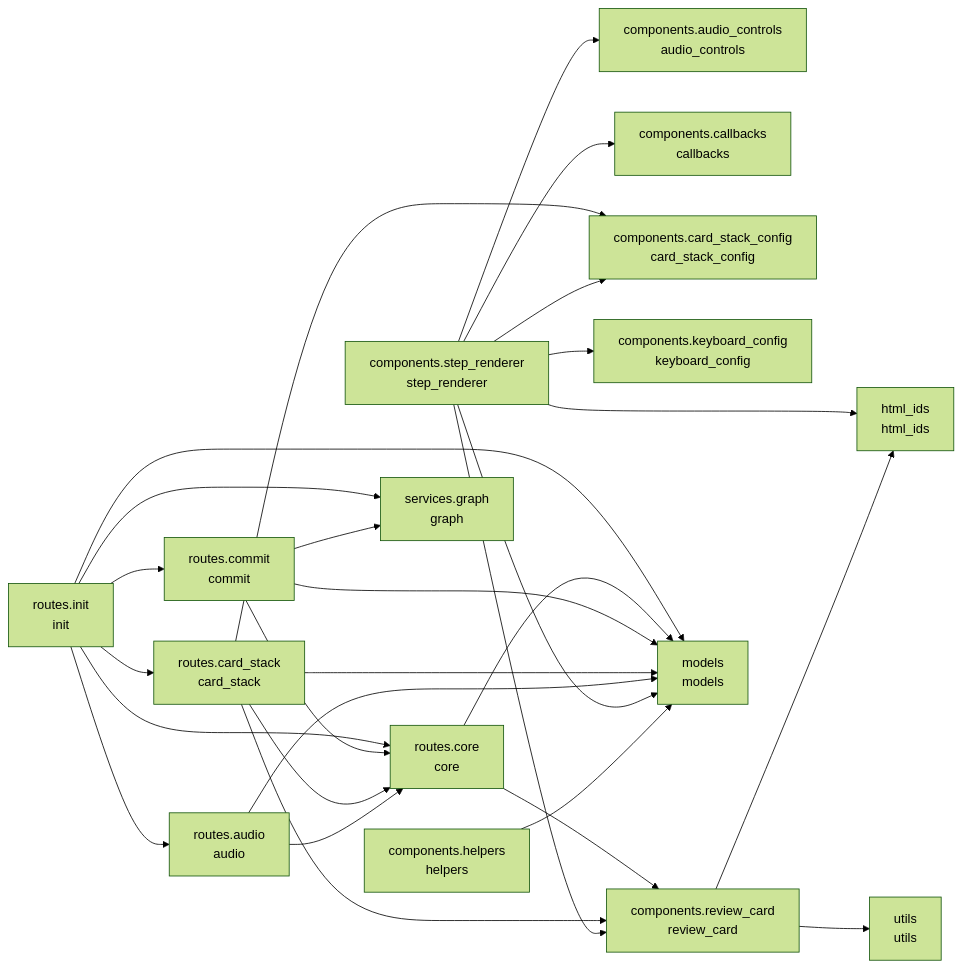
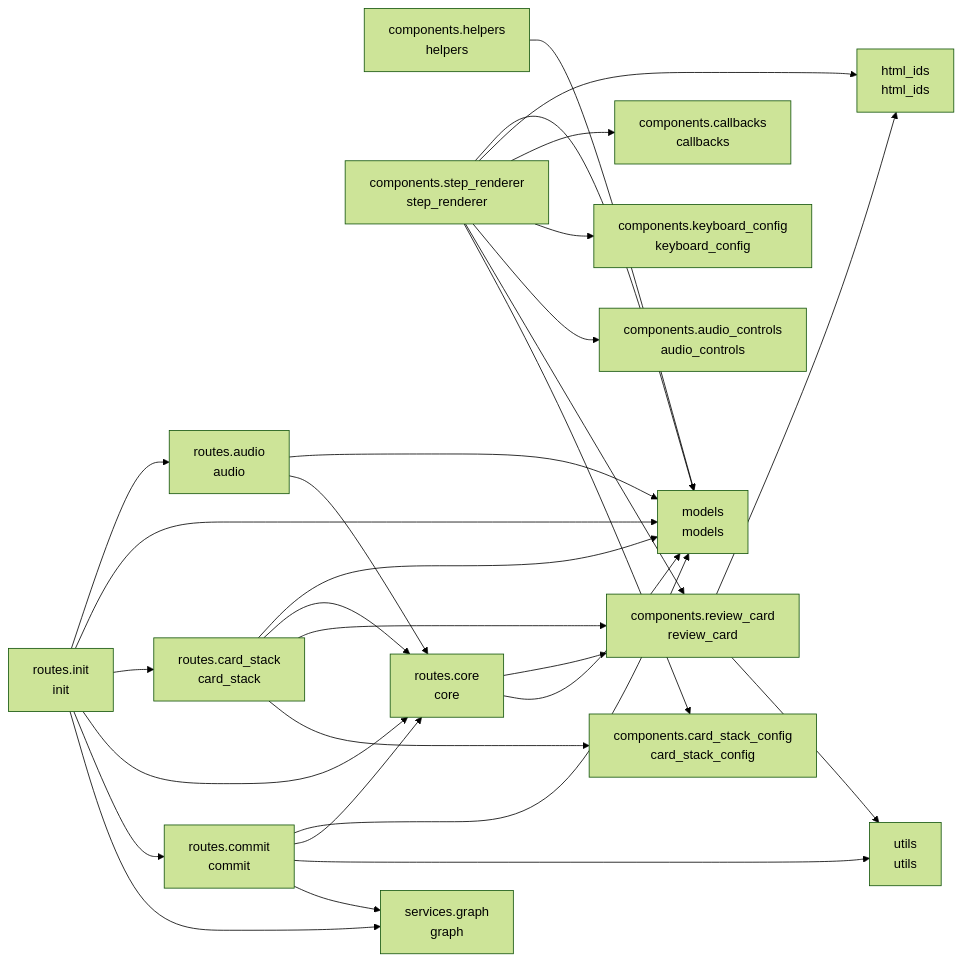
Before and after one commit to cj-mills/cjm-transcript-review: the diagram in README.md, drawn with Mermaid (forest theme). The commit also changed other lines of this file and 3 other files, not shown here.

````diff
--- a/README.md
+++ b/README.md
@@ -39,47 +39,48 @@
 ``` mermaid
 graph LR
     components_audio_controls[components.audio_controls<br/>audio_controls]
     components_callbacks[components.callbacks<br/>callbacks]
     components_card_stack_config[components.card_stack_config<br/>card_stack_config]
     components_helpers[components.helpers<br/>helpers]
     components_keyboard_config[components.keyboard_config<br/>keyboard_config]
     components_review_card[components.review_card<br/>review_card]
     components_step_renderer[components.step_renderer<br/>step_renderer]
     html_ids[html_ids<br/>html_ids]
     models[models<br/>models]
     routes_audio[routes.audio<br/>audio]
     routes_card_stack[routes.card_stack<br/>card_stack]
     routes_commit[routes.commit<br/>commit]
     routes_core[routes.core<br/>core]
     routes_init[routes.init<br/>init]
     services_graph[services.graph<br/>graph]
     utils[utils<br/>utils]
 
     components_helpers --> models
+    components_review_card --> utils
     components_review_card --> html_ids
-    components_review_card --> utils
+    components_step_renderer --> components_card_stack_config
     components_step_renderer --> components_review_card
+    components_step_renderer --> components_audio_controls
+    components_step_renderer --> components_keyboard_config
     components_step_renderer --> components_callbacks
     components_step_renderer --> html_ids
-    components_step_renderer --> components_card_stack_config
-    components_step_renderer --> components_keyboard_config
-    components_step_renderer --> components_audio_controls
     components_step_renderer --> models
     routes_audio --> routes_core
     routes_audio --> models
+    routes_card_stack --> components_card_stack_config
+    routes_card_stack --> components_review_card
     routes_card_stack --> routes_core
-    routes_card_stack --> components_review_card
-    routes_card_stack --> components_card_stack_config
     routes_card_stack --> models
+    routes_commit --> services_graph
+    routes_commit --> utils
     routes_commit --> routes_core
-    routes_commit --> services_graph
     routes_commit --> models
     routes_core --> models
     routes_core --> components_review_card
     routes_init --> services_graph
     routes_init --> routes_commit
+    routes_init --> routes_core
+    routes_init --> routes_card_stack
     routes_init --> models
     routes_init --> routes_audio
-    routes_init --> routes_core
-    routes_init --> routes_card_stack
 ```
````
